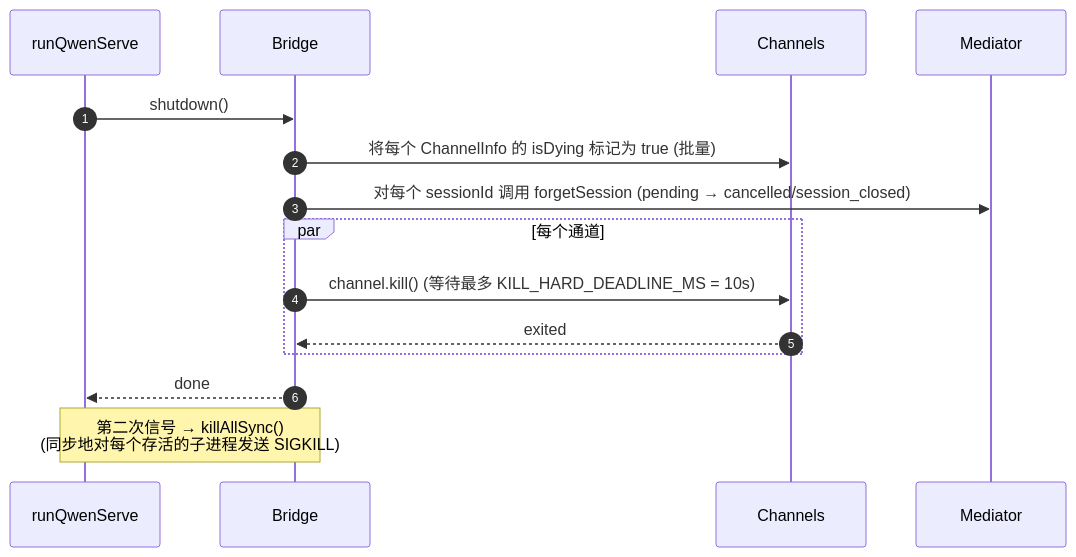
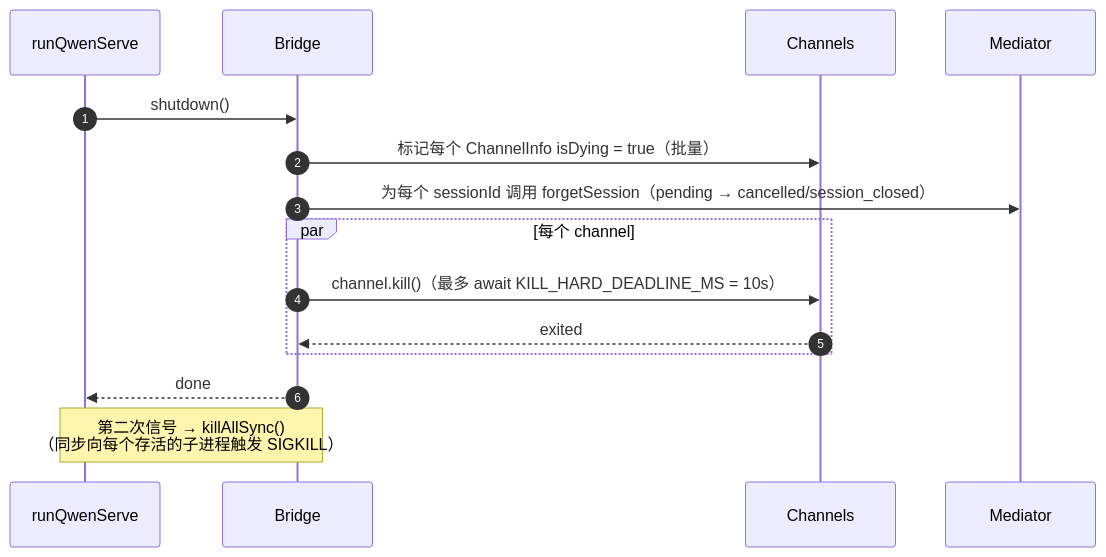
One commit to QwenLM/qwen-code-docs changed the fourth of 4 diagrams in website/content/zh/developers/daemon/03-acp-bridge.md. Above: the diagram before and after it, drawn with Mermaid. The commit also changed other lines of this file and 162 other files, not shown here.

````diff
--- a/website/content/zh/developers/daemon/03-acp-bridge.md
+++ b/website/content/zh/developers/daemon/03-acp-bridge.md
@@ -145,18 +145,18 @@
 ```mermaid
 sequenceDiagram
     autonumber
     participant Op as runQwenServe
     participant B as Bridge
     participant CHs as Channels
     participant M as Mediator
 
     Op->>B: shutdown()
-    B->>CHs: 将每个 ChannelInfo 的 isDying 标记为 true (批量)
-    B->>M: 对每个 sessionId 调用 forgetSession (pending → cancelled/session_closed)
-    par 每个通道
-        B->>CHs: channel.kill() (等待最多 KILL_HARD_DEADLINE_MS = 10s)
+    B->>CHs: 标记每个 ChannelInfo isDying = true（批量）
+    B->>M: 为每个 sessionId 调用 forgetSession（pending → cancelled/session_closed）
+    par 每个 channel
+        B->>CHs: channel.kill()（最多 await KILL_HARD_DEADLINE_MS = 10s）
         CHs-->>B: exited
     end
     B-->>Op: done
-    Note over Op,B: 第二次信号 → killAllSync()<br/>(同步地对每个存活的子进程发送 SIGKILL)
+    Note over Op,B: 第二次信号 → killAllSync()<br/>（同步向每个存活的子进程触发 SIGKILL）
 ```
````
